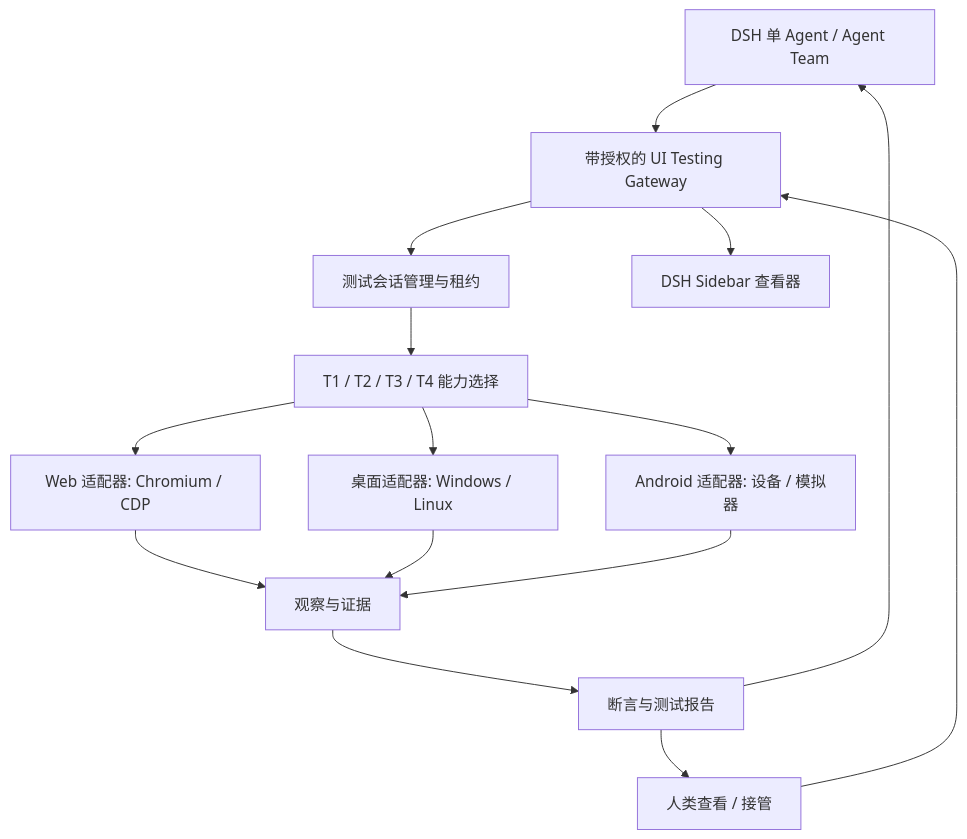
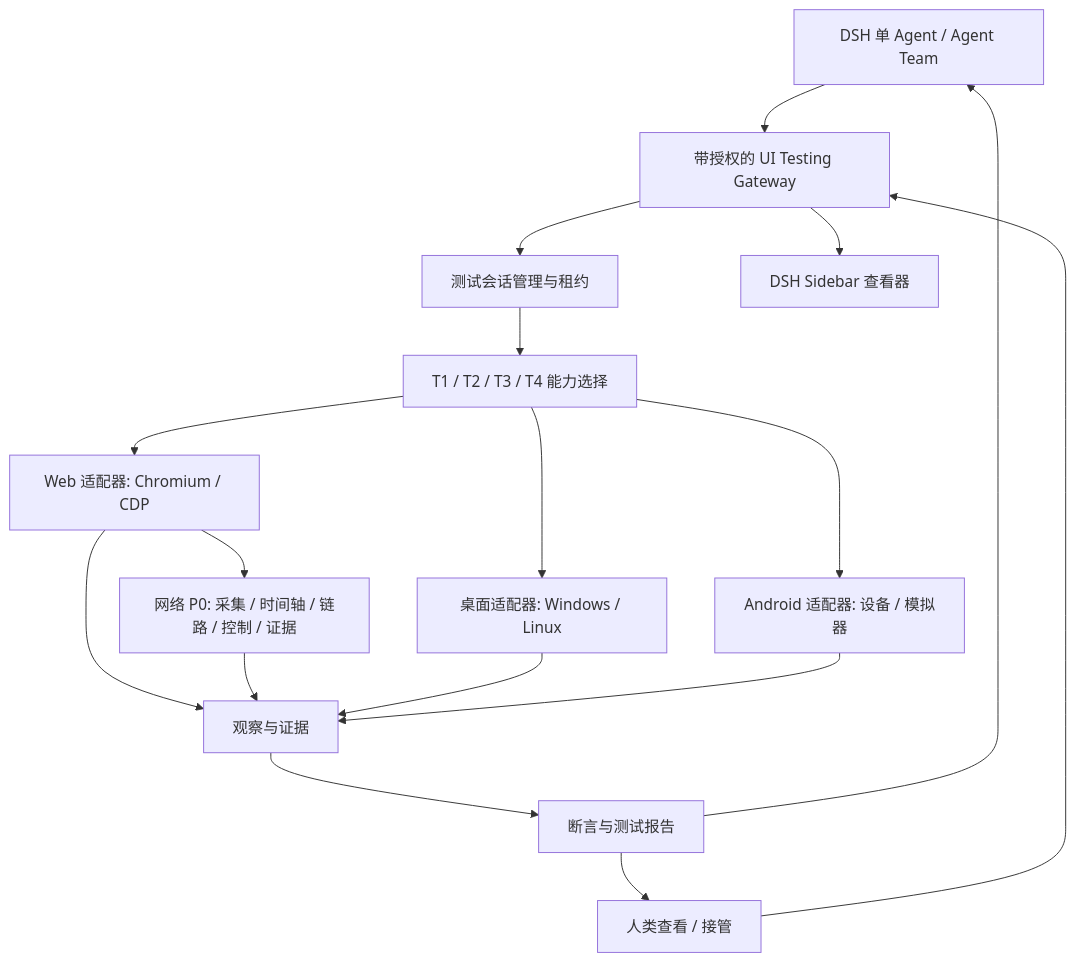
Before and after one commit to bloodarea/dsh-agent-team-ui-testing: the diagram in README_zh.md, drawn with Mermaid. The commit also changed other lines of this file and 48 other files, not shown here.

````diff
--- a/README_zh.md
+++ b/README_zh.md
@@ -154,17 +180,19 @@
 ```mermaid
 flowchart TD
     A[DSH 单 Agent / Agent Team] --> G[带授权的 UI Testing Gateway]
     H[人类查看 / 接管] --> G
     G --> M[测试会话管理与租约]
     G --> V[DSH Sidebar 查看器]
     M --> P[T1 / T2 / T3 / T4 能力选择]
     P --> B[Web 适配器: Chromium / CDP]
+    B --> N[网络 P0: 采集 / 时间轴 / 链路 / 控制 / 证据]
     P --> D[桌面适配器: Windows / Linux]
     P --> R[Android 适配器: 设备 / 模拟器]
     B --> E[观察与证据]
+    N --> E
     D --> E
     R --> E
     E --> X[断言与测试报告]
     X --> A
     X --> H
 ```
````
